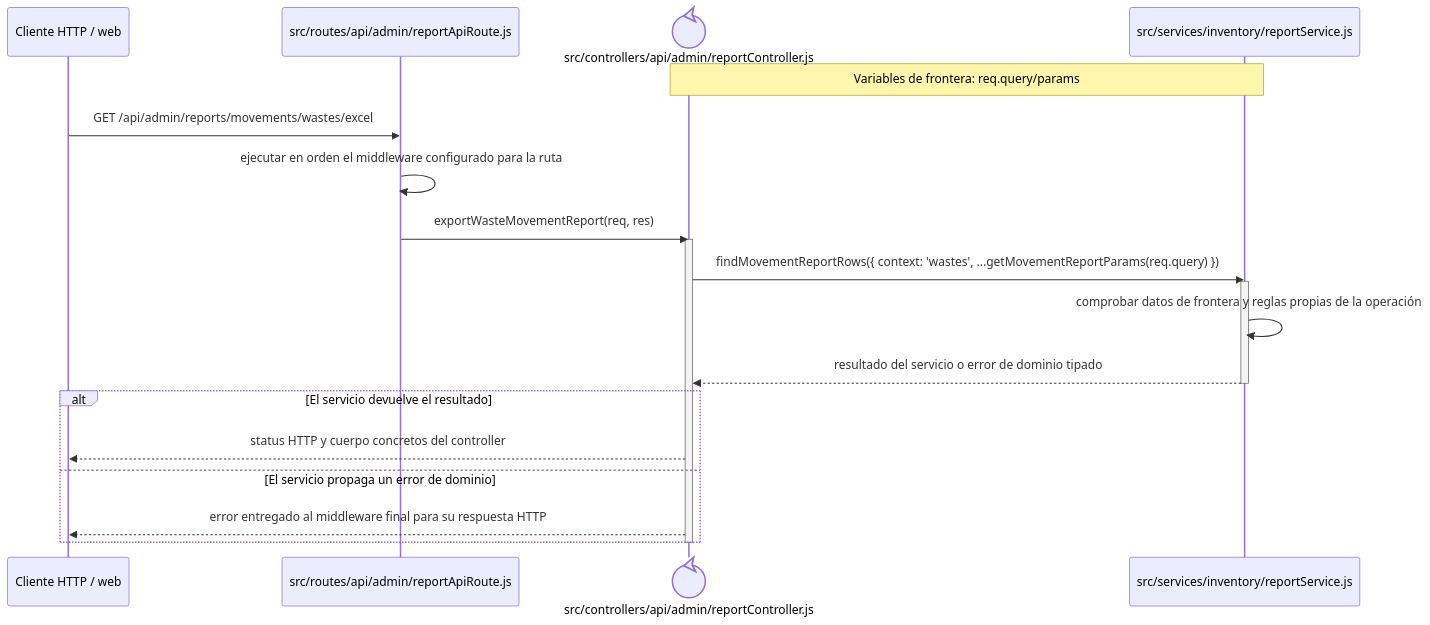
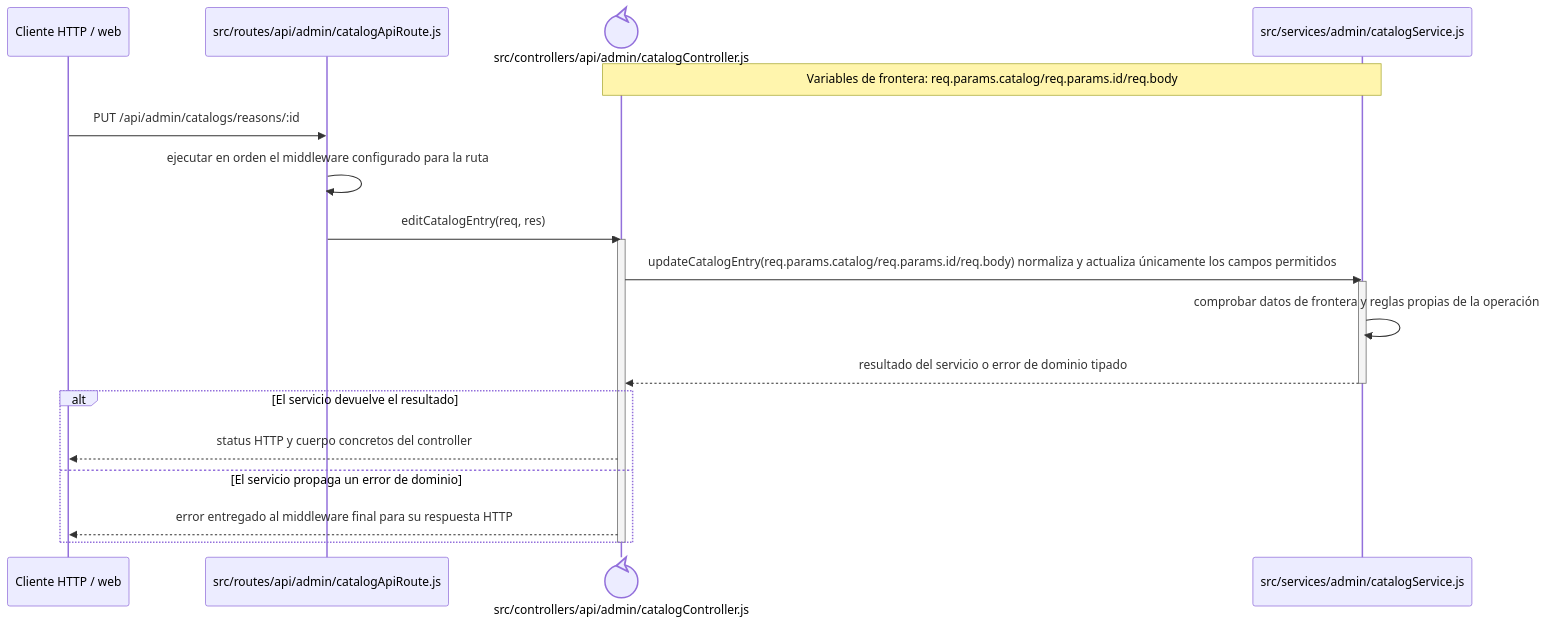
One commit to gpgsistemas01/nexus changed the diagram in docs/architecture/backend-code-sequences/catalogs/cu-cat-24.md. Above: the diagram before and after it, drawn with Mermaid. The commit also changed other lines of this file and 287 other files, not shown here.

````diff
--- a/docs/architecture/backend-code-sequences/catalogs/cu-cat-24.md
+++ b/docs/architecture/backend-code-sequences/catalogs/cu-cat-24.md
@@ -6,24 +6,24 @@
 ```mermaid
 sequenceDiagram
     participant Client as Cliente HTTP / web
-    participant Route as src/routes/api/admin/reportApiRoute.js
-    participant Controller@{ "type": "control" } as src/controllers/api/admin/reportController.js
-    participant Domain as src/services/inventory/reportService.js
-    Note over Controller,Domain: Variables de frontera: req.query/params
+    participant Route as src/routes/api/admin/catalogApiRoute.js
+    participant Controller@{ "type": "control" } as src/controllers/api/admin/catalogController.js
+    participant Domain as src/services/admin/catalogService.js
+    Note over Controller,Domain: Variables de frontera: req.params.catalog/req.params.id/req.body
 
-    Client->>Route: GET /api/admin/reports/movements/wastes/excel
+    Client->>Route: PUT /api/admin/catalogs/reasons/:id
     Route->>Route: ejecutar en orden el middleware configurado para la ruta
-    Route->>Controller: exportWasteMovementReport(req, res)
+    Route->>Controller: editCatalogEntry(req, res)
     activate Controller
-    Controller->>Domain: findMovementReportRows({ context: 'wastes', ...getMovementReportParams(req.query) })
+    Controller->>Domain: updateCatalogEntry(req.params.catalog/req.params.id/req.body) normaliza y actualiza únicamente los campos permitidos
     activate Domain
     Domain->>Domain: comprobar datos de frontera y reglas propias de la operación
     Domain-->>Controller: resultado del servicio o error de dominio tipado
     deactivate Domain
     alt El servicio devuelve el resultado
         Controller-->>Client: status HTTP y cuerpo concretos del controller
     else El servicio propaga un error de dominio
         Controller-->>Client: error entregado al middleware final para su respuesta HTTP
     end
     deactivate Controller
 ```
````
